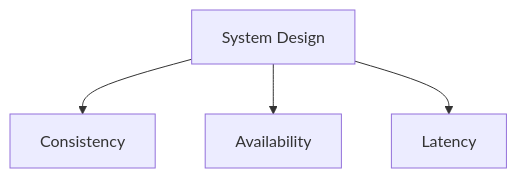
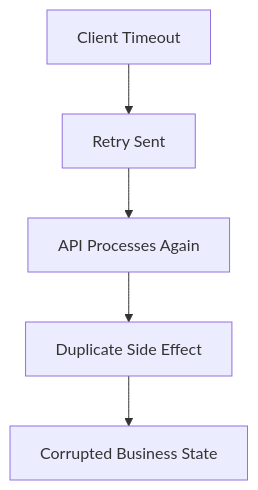
One commit to dbajajmnk/systemdesign changed diagram 12 of 12 in systemdesign/9. System Interfaces and API Design/Concept.md. Above: the diagram before and after it, drawn with Mermaid. The commit also changed other lines of this file, not shown here.

````diff
--- a/systemdesign/9. System Interfaces and API Design/Concept.md
+++ b/systemdesign/9. System Interfaces and API Design/Concept.md
@@ -227,11 +374,7 @@
 ```mermaid
 flowchart TD
-    A[System Design]
-    B[Consistency]
-    C[Availability]
-    D[Latency]
-
-    A --> B
-    A --> C
-    A --> D
+    A[Client Timeout] --> B[Retry Sent]
+    B --> C[API Processes Again]
+    C --> D[Duplicate Side Effect]
+    D --> E[Corrupted Business State]
 ```
````
